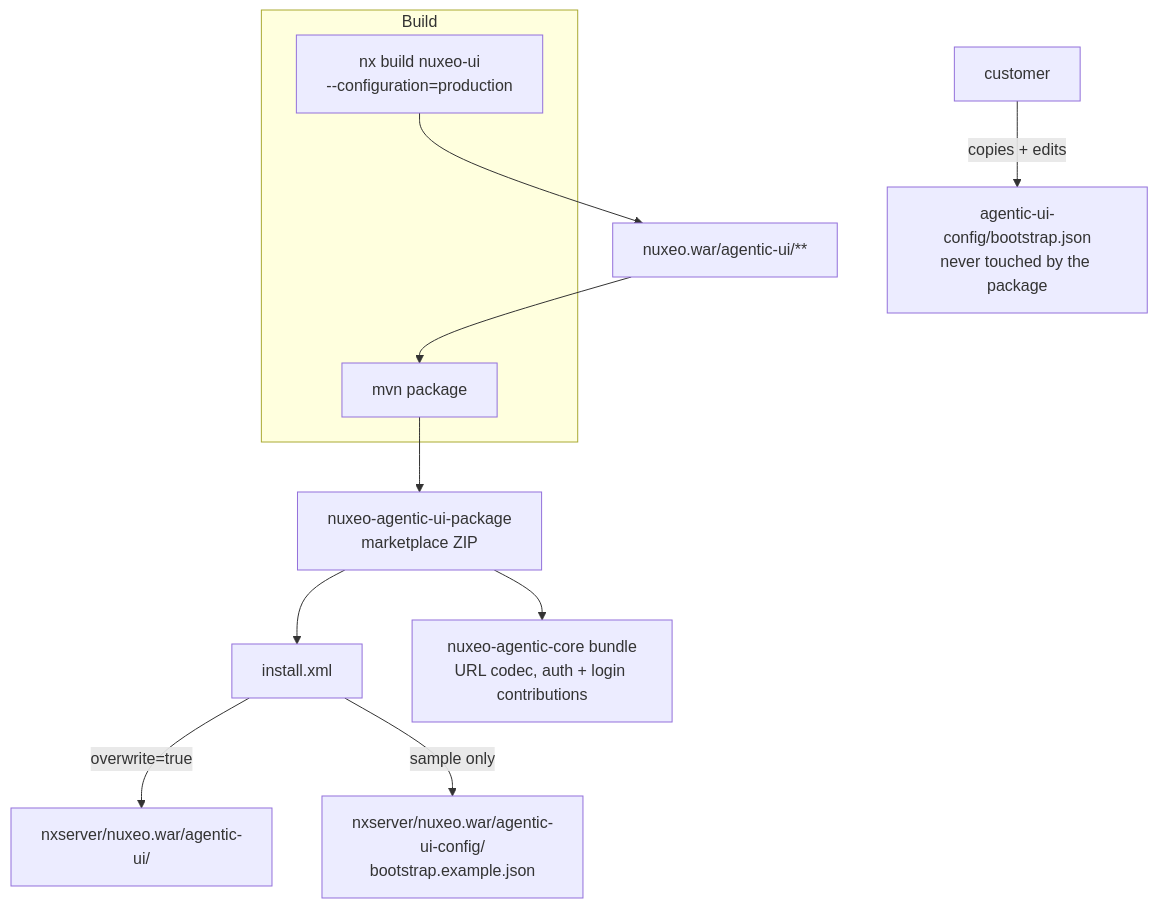
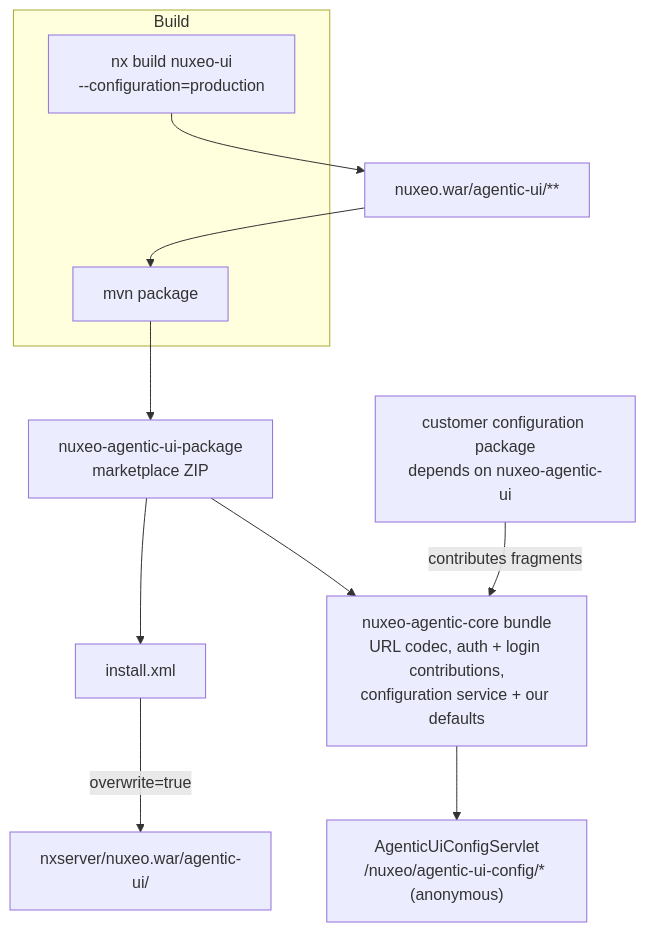
One commit to nuxeo/agentic-ui-poc changed the sixth of 7 diagrams in documentation/30-engineering/02-architecture.md. Above: the diagram before and after it, drawn with Mermaid. The commit also changed other lines of this file and 41 other files, not shown here.

First line of the commit message:
feat(config): NXSAT-312 configuration service, extension point and servlet

````diff
--- a/documentation/30-engineering/02-architecture.md
+++ b/documentation/30-engineering/02-architecture.md
@@ -250,15 +250,15 @@
 ```mermaid
 flowchart TD
   subgraph build["Build"]
     ng["nx build nuxeo-ui<br/>--configuration=production"]
     mvn["mvn package"]
   end
   ng --> war["nuxeo.war/agentic-ui/**"]
   war --> mvn
   mvn --> pkg["nuxeo-agentic-ui-package<br/>marketplace ZIP"]
   pkg --> inst["install.xml"]
   inst -->|"overwrite=true"| app["nxserver/nuxeo.war/agentic-ui/"]
-  inst -->|"sample only"| cfg["nxserver/nuxeo.war/agentic-ui-config/<br/>bootstrap.example.json"]
-  cust["customer"] -->|"copies + edits"| own["agentic-ui-config/bootstrap.json<br/>never touched by the package"]
-  pkg --> core["nuxeo-agentic-core bundle<br/>URL codec, auth + login contributions"]
+  pkg --> core["nuxeo-agentic-core bundle<br/>URL codec, auth + login contributions,<br/>configuration service + our defaults"]
+  cpkg["customer configuration package<br/>depends on nuxeo-agentic-ui"] -->|"contributes fragments"| core
+  core --> srv["AgenticUiConfigServlet<br/>/nuxeo/agentic-ui-config/* (anonymous)"]
 ```
````
